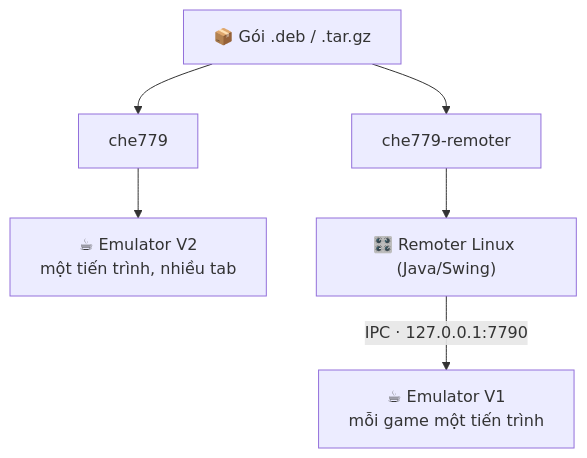
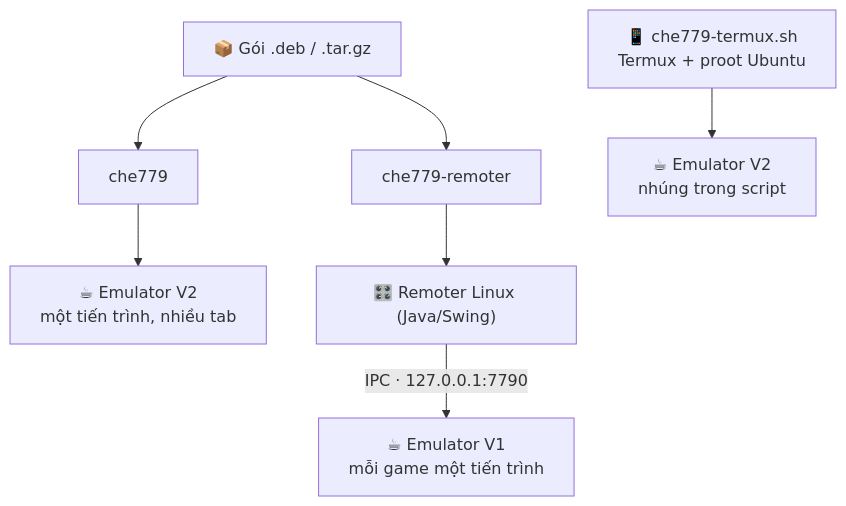
The diagram in README.md (Kidtomboy/Che779-Linux), drawn with Mermaid before and after one commit. The commit also changed other lines of this file and 4 other files, not shown here.

Commit message:
Thống nhất README 4 repo, dọn tài liệu Termux ở Che779-Android, sửa workflow Termux

````diff
--- a/README.md
+++ b/README.md
@@ -168,8 +168,9 @@
 ```mermaid
 flowchart TD
     D["📦 Gói .deb / .tar.gz"] --> C1["che779"]
     D --> C2["che779-remoter"]
     C1 --> V2["☕ Emulator V2<br/>một tiến trình, nhiều tab"]
     C2 --> R["🎛️ Remoter Linux (Java/Swing)"]
     R -- "IPC · 127.0.0.1:7790" --> V1["☕ Emulator V1<br/>mỗi game một tiến trình"]
+    T["📱 che779-termux.sh<br/>Termux + proot Ubuntu"] --> V2T["☕ Emulator V2<br/>nhúng trong script"]
 ```
````
